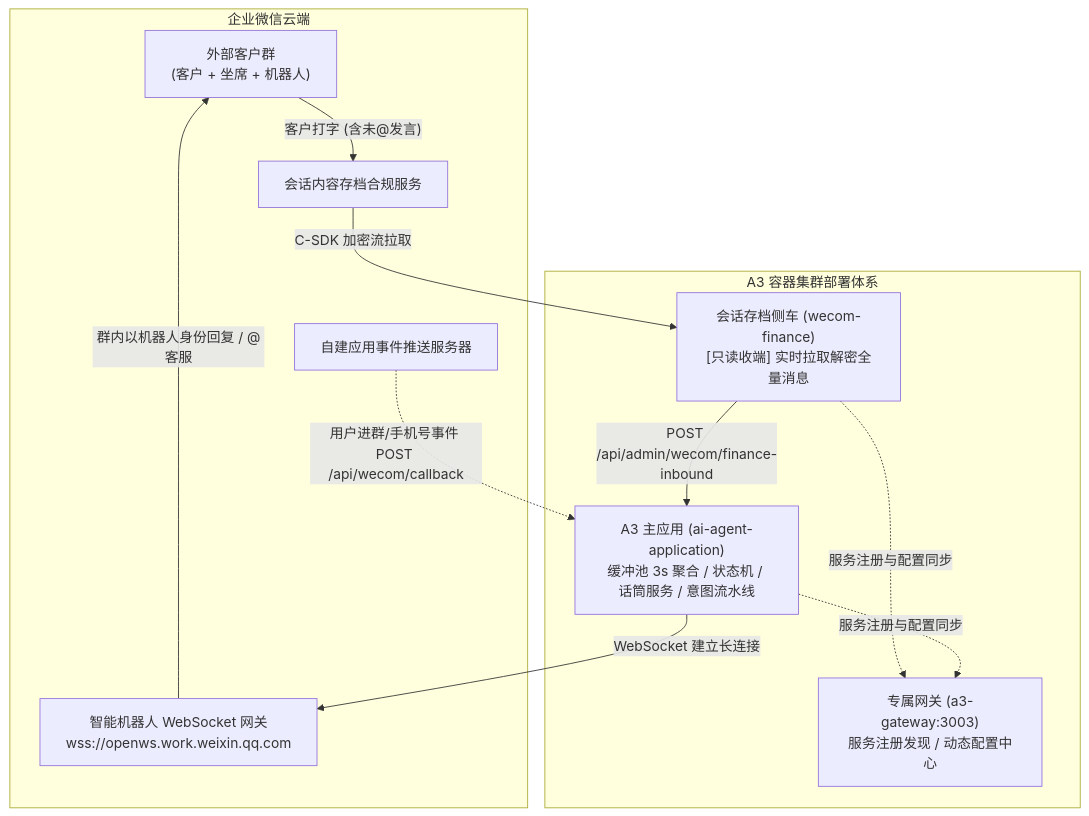
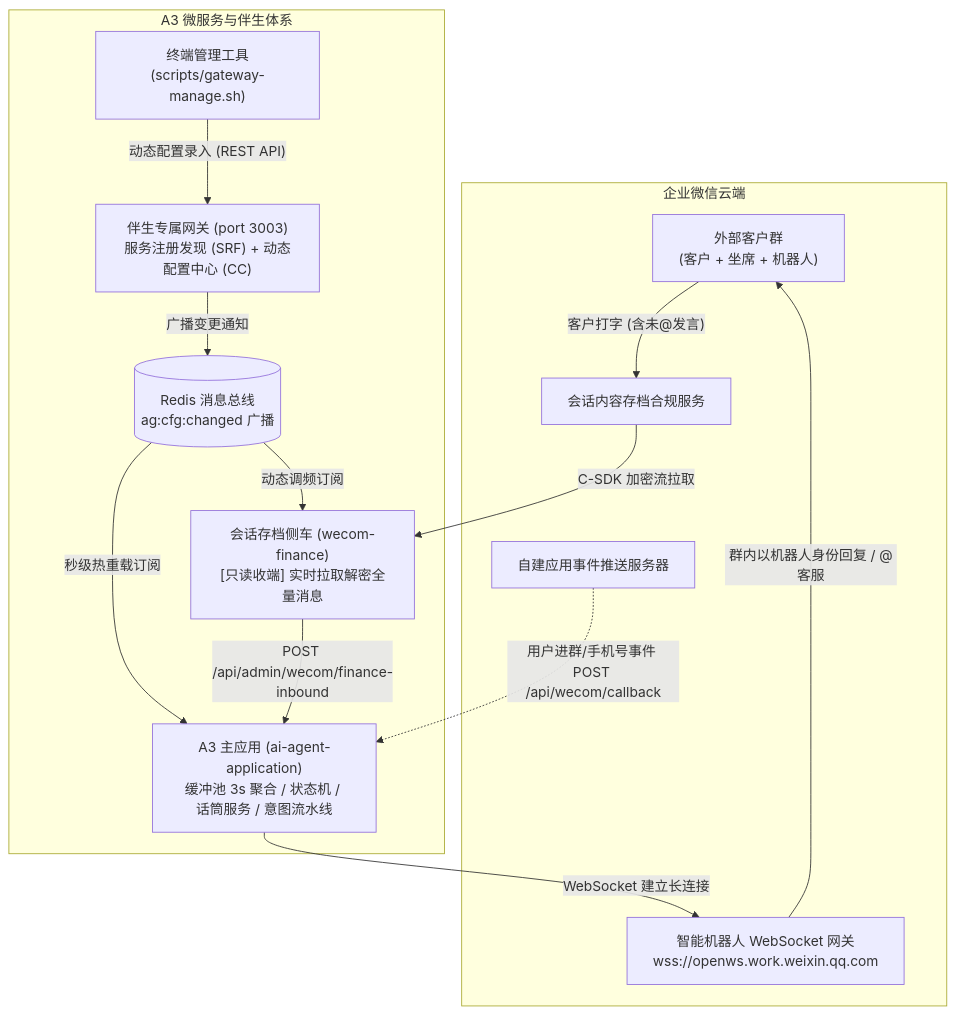
The diagram in doc/WECOM_DEBUG_GUIDE.md (nickinair/ai-agent-application), drawn with Mermaid before and after one commit. The commit also changed other lines of this file and 16 other files, not shown here.

````diff
--- a/doc/WECOM_DEBUG_GUIDE.md
+++ b/doc/WECOM_DEBUG_GUIDE.md
@@ -33,27 +31,32 @@
 ```mermaid
 flowchart TD
     subgraph WeComCloud ["企业微信云端"]
         ExtGroup["外部客户群<br/>(客户 + 坐席 + 机器人)"]
         FinanceAudit["会话内容存档合规服务"]
         BotGateway["智能机器人 WebSocket 网关<br/>wss://openws.work.weixin.qq.com"]
         CallbackServer["自建应用事件推送服务器"]
     end
 
-    subgraph A3Cluster ["A3 容器集群部署体系"]
+    subgraph A3Cluster ["A3 微服务与伴生体系"]
+        AdminTool["终端管理工具<br/>(scripts/gateway-manage.sh)"]
+        Gateway["伴生专属网关 (port 3003)<br/>服务注册发现 (SRF) + 动态配置中心 (CC)"]
+        RedisPubSub[("Redis 消息总线<br/>ag:cfg:changed 广播")]
+        
         Sidecar["会话存档侧车 (wecom-finance)<br/>[只读收端] 实时拉取解密全量消息"]
         A3App["A3 主应用 (ai-agent-application)<br/>缓冲池 3s 聚合 / 状态机 / 话筒服务 / 意图流水线"]
-        Gateway["专属网关 (a3-gateway:3003)<br/>服务注册发现 / 动态配置中心"]
+        
+        AdminTool -->|"动态配置录入 (REST API)"| Gateway
+        Gateway -->|"广播变更通知"| RedisPubSub
+        RedisPubSub -->|"秒级热重载订阅"| A3App
+        RedisPubSub -->|"动态调频订阅"| Sidecar
         
         ExtGroup -->|"客户打字 (含未@发言)"| FinanceAudit
         FinanceAudit -->|"C-SDK 加密流拉取"| Sidecar
         Sidecar -->|"POST /api/admin/wecom/finance-inbound"| A3App
         
         A3App -->|"WebSocket 建立长连接"| BotGateway
         BotGateway -->|"群内以机器人身份回复 / @客服"| ExtGroup
         
         CallbackServer -.->|"用户进群/手机号事件 POST /api/wecom/callback"| A3App
-        
-        Sidecar -.->|"服务注册与配置同步"| Gateway
-        A3App -.->|"服务注册与配置同步"| Gateway
     end
 ```
````
